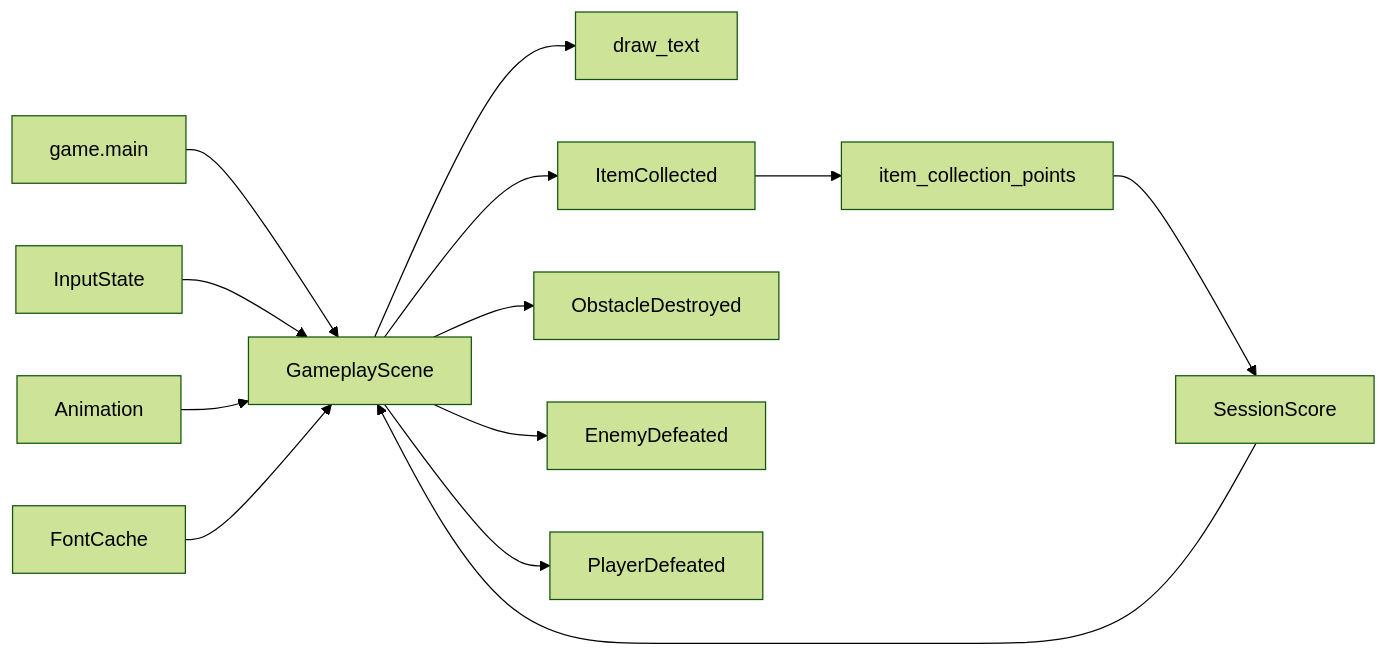
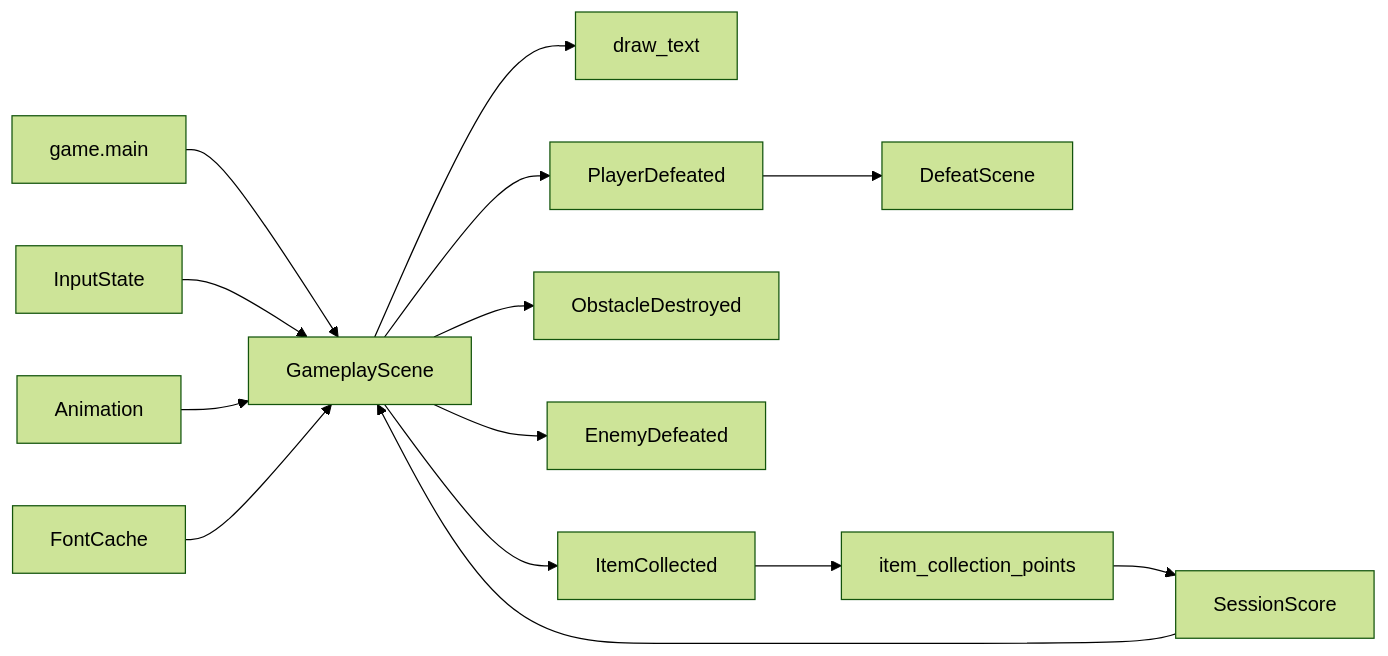
One commit to VincentMardon/my_first_adventure_game changed the third of 3 diagrams in docs/architecture/overview.md. Above: the diagram before and after it, drawn with Mermaid (forest theme). The commit also changed other lines of this file and 9 other files, not shown here.

Commit message:
feat(scene):add player defeat screen

````diff
--- a/docs/architecture/overview.md
+++ b/docs/architecture/overview.md
@@ -227,18 +233,19 @@
 ```mermaid
 flowchart LR
     GameMain["game.main"] --> GameplayScene["GameplayScene"]
 
     InputState["InputState"] --> GameplayScene
     SessionScore["SessionScore"] --> GameplayScene
     Animation["Animation"] --> GameplayScene
     FontCache["FontCache"] --> GameplayScene
     GameplayScene --> DrawText["draw_text"]
 
     GameplayScene --> ItemCollected["ItemCollected"]
     GameplayScene --> ObstacleDestroyed["ObstacleDestroyed"]
     GameplayScene --> EnemyDefeated["EnemyDefeated"]
     GameplayScene --> PlayerDefeated["PlayerDefeated"]
+    PlayerDefeated --> DefeatScene["DefeatScene"]
 
     ItemCollected --> ItemCollectionPoints["item_collection_points"]
     ItemCollectionPoints --> SessionScore
 ```
````
